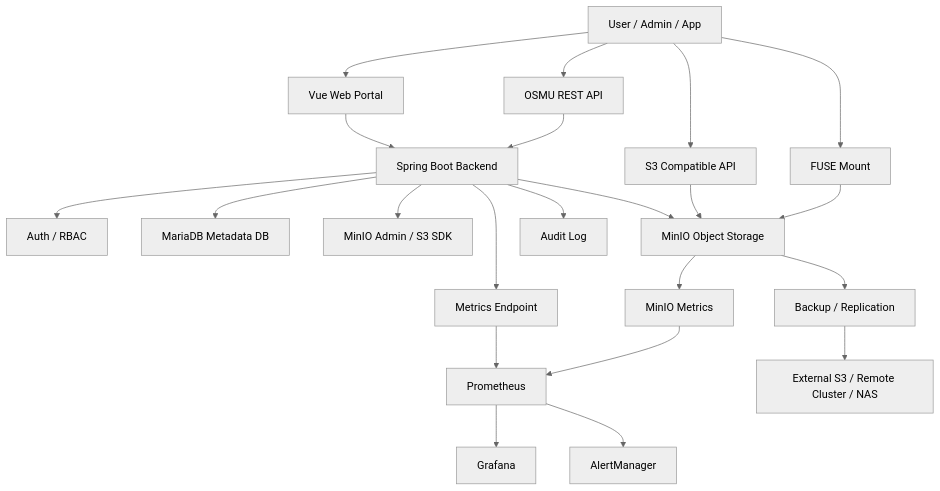
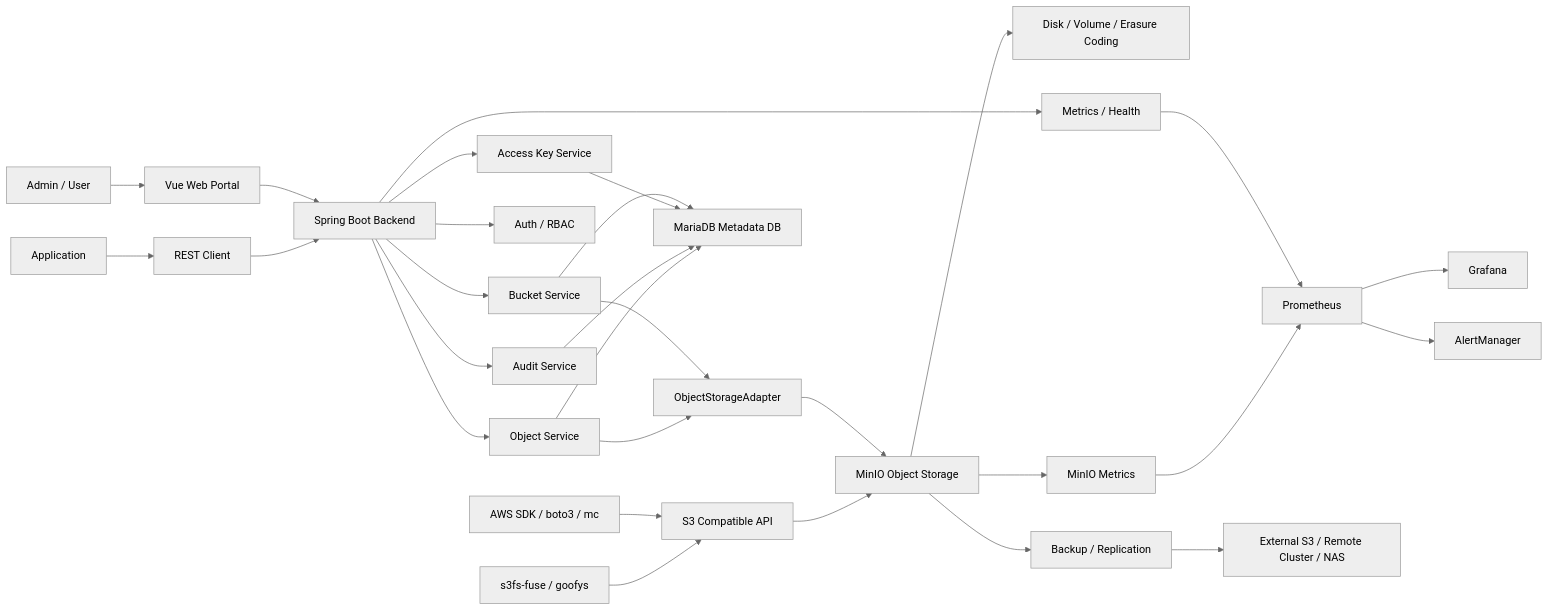
The first of 6 diagrams in dev-docs/system-architecture.md (chefbeom/object-storage-osmu), drawn with Mermaid (neutral theme) before and after one commit. The commit also changed other lines of this file and 401 other files, not shown here.

````diff
--- a/dev-docs/system-architecture.md
+++ b/dev-docs/system-architecture.md
@@ -15,30 +42,38 @@
 ```mermaid
-flowchart TD
-    User["User / Admin / App"] --> Portal["Vue Web Portal"]
-    User --> REST["OSMU REST API"]
-    User --> S3["S3 Compatible API"]
-    User --> FUSE["FUSE Mount"]
+flowchart LR
+    Admin["Admin / User"] --> Portal["Vue Web Portal"]
+    App["Application"] --> RestClient["REST Client"]
+    S3Client["AWS SDK / boto3 / mc"] --> S3Api["S3 Compatible API"]
+    FuseClient["s3fs-fuse / goofys"] --> S3Api
 
     Portal --> Backend["Spring Boot Backend"]
-    REST --> Backend
+    RestClient --> Backend
 
     Backend --> Auth["Auth / RBAC"]
-    Backend --> MariaDB["MariaDB Metadata DB"]
-    Backend --> MinioAdmin["MinIO Admin / S3 SDK"]
-    Backend --> MinIO["MinIO Object Storage"]
+    Backend --> Bucket["Bucket Service"]
+    Backend --> Object["Object Service"]
+    Backend --> AccessKey["Access Key Service"]
+    Backend --> Audit["Audit Service"]
 
-    S3 --> MinIO
-    FUSE --> MinIO
+    Bucket --> Metadata["MariaDB Metadata DB"]
+    AccessKey --> Metadata
+    Audit --> Metadata
+    Object --> Metadata
 
-    Backend --> Audit["Audit Log"]
-    Backend --> Metrics["Metrics Endpoint"]
+    Bucket --> StorageAdapter["ObjectStorageAdapter"]
+    Object --> StorageAdapter
+    StorageAdapter --> MinIO["MinIO Object Storage"]
+
+    S3Api --> MinIO
+    MinIO --> Disk["Disk / Volume / Erasure Coding"]
+
+    Backend --> Metrics["Metrics / Health"]
     MinIO --> MinioMetrics["MinIO Metrics"]
-
     Metrics --> Prometheus["Prometheus"]
     MinioMetrics --> Prometheus
     Prometheus --> Grafana["Grafana"]
     Prometheus --> AlertManager["AlertManager"]
 
     MinIO --> Backup["Backup / Replication"]
     Backup --> External["External S3 / Remote Cluster / NAS"]
 ```
````
